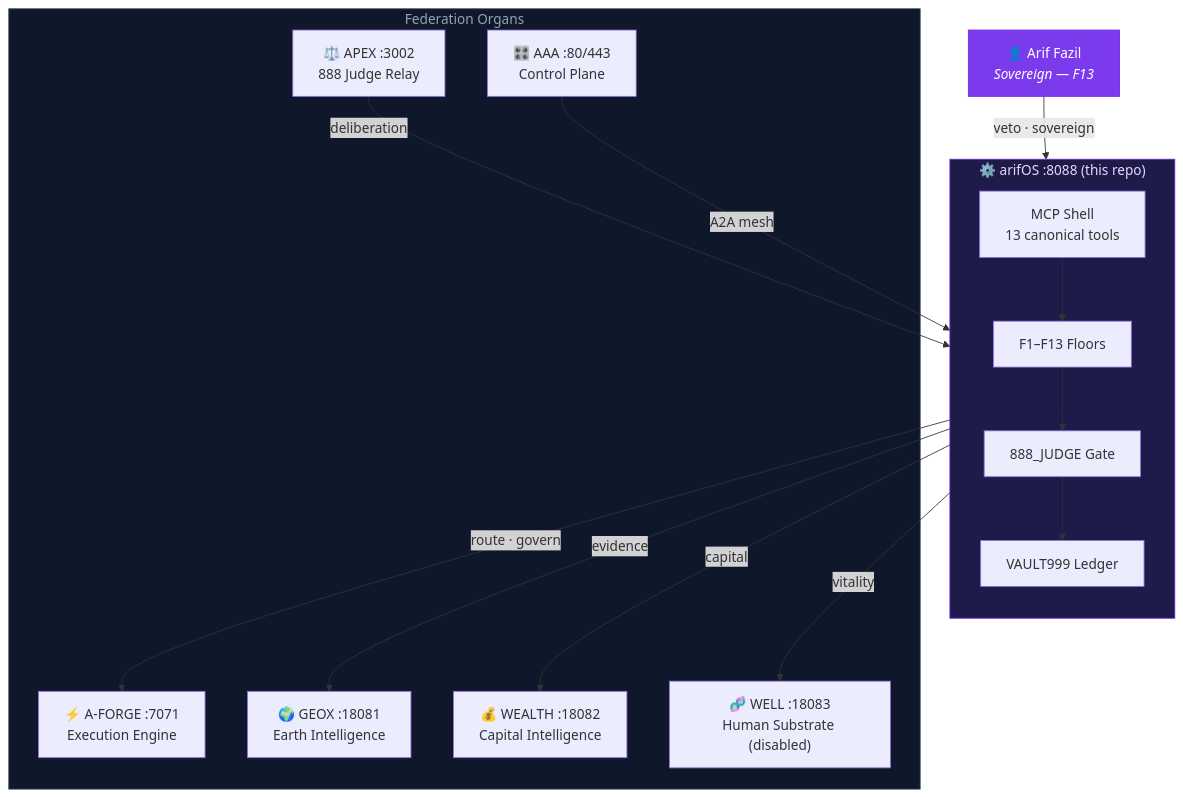
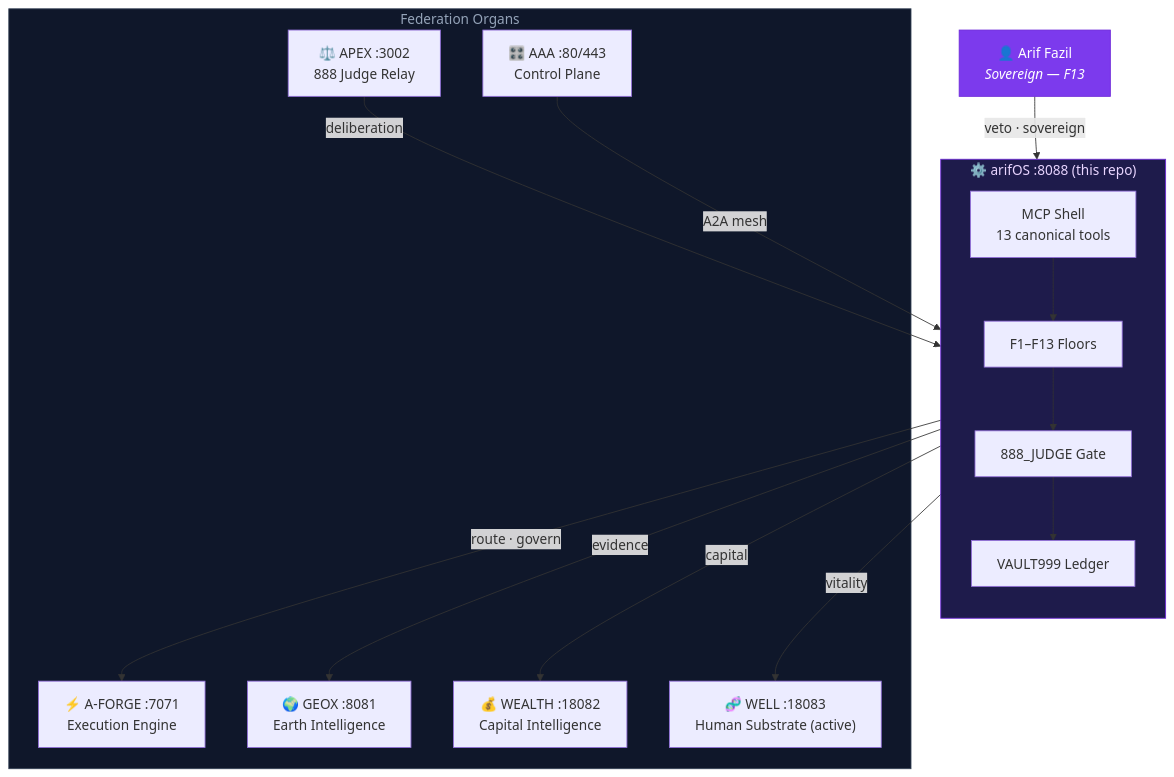
The first of 5 diagrams in README.md (ariffazil/arifos), drawn with Mermaid before and after one commit. The commit also changed other lines of this file, not shown here.

First line of the commit message:
docs(readme): SOT sync — fix GEOX port 18081→8081, WELL active, kanon SHA, file paths

````diff
--- a/README.md
+++ b/README.md
@@ -31,36 +31,36 @@
 ```mermaid
 graph TD
     ARIF["👤 Arif Fazil<br/><i>Sovereign — F13</i>"]
 
     subgraph KERNEL ["⚙️ arifOS  :8088  (this repo)"]
         direction TB
         MCP["MCP Shell<br/>13 canonical tools"]
         FLOORS["F1–F13 Floors"]
         VAULT["VAULT999 Ledger"]
         JUDGE["888_JUDGE Gate"]
         MCP --> FLOORS
         FLOORS --> JUDGE
         JUDGE --> VAULT
     end
 
     subgraph ORGANS ["Federation Organs"]
         FORGE["⚡ A-FORGE :7071<br/>Execution Engine"]
-        GEOX["🌍 GEOX :18081<br/>Earth Intelligence"]
+        GEOX["🌍 GEOX :8081<br/>Earth Intelligence"]
         WEALTH["💰 WEALTH :18082<br/>Capital Intelligence"]
-        WELL["🧬 WELL :18083<br/>Human Substrate (disabled)"]
+        WELL["🧬 WELL :18083<br/>Human Substrate (active)"]
         AAA["🎛️ AAA :80/443<br/>Control Plane"]
         APEX["⚖️ APEX :3002<br/>888 Judge Relay"]
     end
 
     ARIF -->|"veto · sovereign"| KERNEL
     KERNEL -->|"route · govern"| FORGE
     KERNEL -->|"evidence"| GEOX
     KERNEL -->|"capital"| WEALTH
     KERNEL -->|"vitality"| WELL
     AAA -->|"A2A mesh"| KERNEL
     APEX -->|"deliberation"| JUDGE
 
     style KERNEL fill:#1e1b4b,stroke:#6d28d9,color:#e9d5ff
     style ARIF fill:#7c3aed,stroke:#6d28d9,color:#fff
     style ORGANS fill:#0f172a,stroke:#334155,color:#94a3b8
 ```
````
